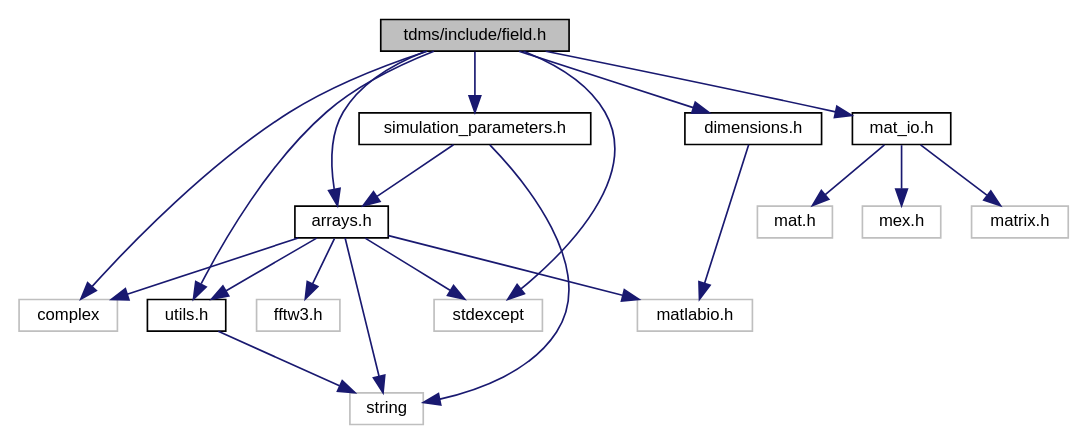
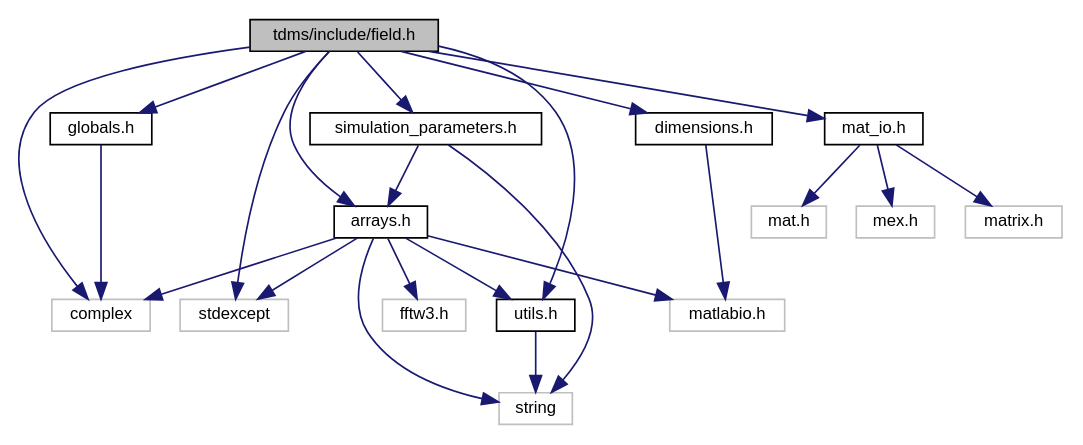
One commit to UCL/TDMS changed the diagram in field_8h__incl.dot. Above: the diagram before and after it, drawn with Graphviz. The commit also changed 173 other files, not shown here.

```diff
--- a/field_8h__incl.dot
+++ b/field_8h__incl.dot
@@ -1,40 +1,43 @@
 digraph "tdms/include/field.h"
 {
  // LATEX_PDF_SIZE
   edge [fontname="Helvetica",fontsize="10",labelfontname="Helvetica",labelfontsize="10"];
   node [fontname="Helvetica",fontsize="10",shape=record];
   Node1 [label="tdms/include/field.h",height=0.2,width=0.4,color="black", fillcolor="grey75", style="filled", fontcolor="black",tooltip="Classes for the electric and magnetic (split) fields on a grid."];
   Node1 -> Node2 [color="midnightblue",fontsize="10",style="solid",fontname="Helvetica"];
   Node2 [label="complex",height=0.2,width=0.4,color="grey75", fillcolor="white", style="filled",tooltip=" "];
   Node1 -> Node3 [color="midnightblue",fontsize="10",style="solid",fontname="Helvetica"];
   Node3 [label="stdexcept",height=0.2,width=0.4,color="grey75", fillcolor="white", style="filled",tooltip=" "];
   Node1 -> Node4 [color="midnightblue",fontsize="10",style="solid",fontname="Helvetica"];
   Node4 [label="arrays.h",height=0.2,width=0.4,color="black", fillcolor="white", style="filled",URL="$arrays_8h.html",tooltip="Classes describing arrays, vertices etc."];
   Node4 -> Node2 [color="midnightblue",fontsize="10",style="solid",fontname="Helvetica"];
   Node4 -> Node5 [color="midnightblue",fontsize="10",style="solid",fontname="Helvetica"];
   Node5 [label="string",height=0.2,width=0.4,color="grey75", fillcolor="white", style="filled",tooltip=" "];
   Node4 -> Node6 [color="midnightblue",fontsize="10",style="solid",fontname="Helvetica"];
   Node6 [label="fftw3.h",height=0.2,width=0.4,color="grey75", fillcolor="white", style="filled",tooltip=" "];
   Node4 -> Node3 [color="midnightblue",fontsize="10",style="solid",fontname="Helvetica"];
   Node4 -> Node7 [color="midnightblue",fontsize="10",style="solid",fontname="Helvetica"];
   Node7 [label="matlabio.h",height=0.2,width=0.4,color="grey75", fillcolor="white", style="filled",tooltip=" "];
   Node4 -> Node8 [color="midnightblue",fontsize="10",style="solid",fontname="Helvetica"];
   Node8 [label="utils.h",height=0.2,width=0.4,color="black", fillcolor="white", style="filled",URL="$utils_8h.html",tooltip="Useful miscellaneous utility functions."];
   Node8 -> Node5 [color="midnightblue",fontsize="10",style="solid",fontname="Helvetica"];
   Node1 -> Node9 [color="midnightblue",fontsize="10",style="solid",fontname="Helvetica"];
   Node9 [label="dimensions.h",height=0.2,width=0.4,color="black", fillcolor="white", style="filled",URL="$dimensions_8h.html",tooltip=" "];
   Node9 -> Node7 [color="midnightblue",fontsize="10",style="solid",fontname="Helvetica"];
   Node1 -> Node10 [color="midnightblue",fontsize="10",style="solid",fontname="Helvetica"];
   Node10 [label="mat_io.h",height=0.2,width=0.4,color="black", fillcolor="white", style="filled",URL="$mat__io_8h.html",tooltip="Includes MATLAB headers for I/O."];
   Node10 -> Node11 [color="midnightblue",fontsize="10",style="solid",fontname="Helvetica"];
   Node11 [label="mat.h",height=0.2,width=0.4,color="grey75", fillcolor="white", style="filled",tooltip=" "];
   Node10 -> Node12 [color="midnightblue",fontsize="10",style="solid",fontname="Helvetica"];
   Node12 [label="mex.h",height=0.2,width=0.4,color="grey75", fillcolor="white", style="filled",tooltip=" "];
   Node10 -> Node13 [color="midnightblue",fontsize="10",style="solid",fontname="Helvetica"];
   Node13 [label="matrix.h",height=0.2,width=0.4,color="grey75", fillcolor="white", style="filled",tooltip=" "];
   Node1 -> Node14 [color="midnightblue",fontsize="10",style="solid",fontname="Helvetica"];
   Node14 [label="simulation_parameters.h",height=0.2,width=0.4,color="black", fillcolor="white", style="filled",URL="$simulation__parameters_8h.html",tooltip="Classes collecting parameters for the simulation."];
   Node14 -> Node5 [color="midnightblue",fontsize="10",style="solid",fontname="Helvetica"];
   Node14 -> Node4 [color="midnightblue",fontsize="10",style="solid",fontname="Helvetica"];
   Node1 -> Node8 [color="midnightblue",fontsize="10",style="solid",fontname="Helvetica"];
+  Node1 -> Node15 [color="midnightblue",fontsize="10",style="solid",fontname="Helvetica"];
+  Node15 [label="globals.h",height=0.2,width=0.4,color="black", fillcolor="white", style="filled",URL="$globals_8h.html",tooltip="Type definitions and global constants."];
+  Node15 -> Node2 [color="midnightblue",fontsize="10",style="solid",fontname="Helvetica"];
 }
```
